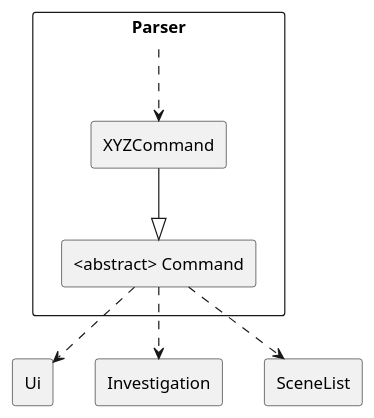
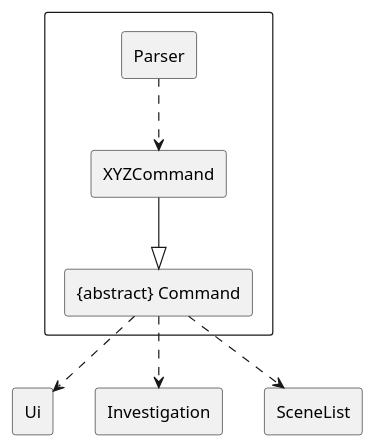
One commit to peng-217/tp changed the diagram in docs/ParserClassDiagram.puml. Above: the diagram before and after it, drawn with PlantUML.

Commit message:
Update DG

```diff
--- a/docs/ParserClassDiagram.puml
+++ b/docs/ParserClassDiagram.puml
@@ -1,24 +1,25 @@
 @startuml
 skinparam componentStyle rectangle
 
-component Parser {
+component  {
+[Parser]
 [XYZCommand] as xyzCommand
-[<abstract> Command] as command
+[{abstract} Command] as command
 }
 
 component Ui {
 }
 
 component Investigation {
 }
 
 component SceneList {
 }
 
 Parser .down.> xyzCommand
 xyzCommand -down-|> command
 command ..> Ui
 command ..> Investigation
 command ..> SceneList
 
 @enduml
```
